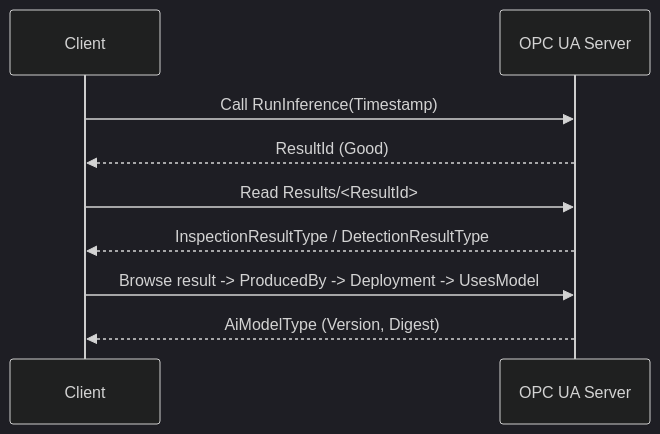
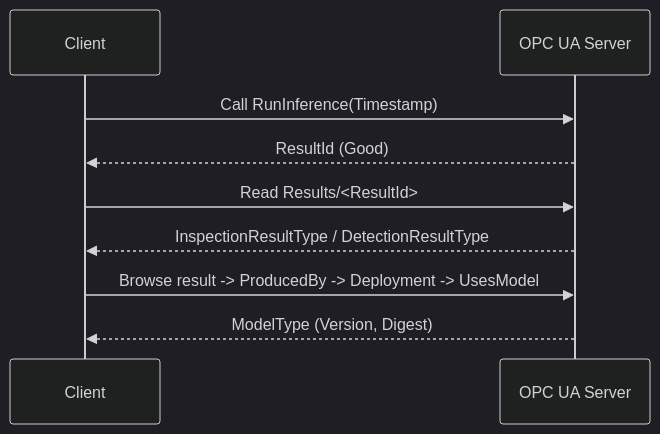
The fifth of 10 diagrams in metaverse-specs/vision/OPC-UA-Vision.md (marcschier/opcua-drafts), drawn with Mermaid (dark theme) before and after one commit. The commit also changed other lines of this file and 46 other files, not shown here.

````diff
--- a/metaverse-specs/vision/OPC-UA-Vision.md
+++ b/metaverse-specs/vision/OPC-UA-Vision.md
@@ -725,11 +735,11 @@
 ```mermaid
 sequenceDiagram
     participant C as Client
     participant S as OPC UA Server
     C->>S: Call RunInference(Timestamp)
     S-->>C: ResultId (Good)
     C->>S: Read Results/<ResultId>
     S-->>C: InspectionResultType / DetectionResultType
     C->>S: Browse result -> ProducedBy -> Deployment -> UsesModel
-    S-->>C: AiModelType (Version, Digest)
+    S-->>C: ModelType (Version, Digest)
 ```
````
